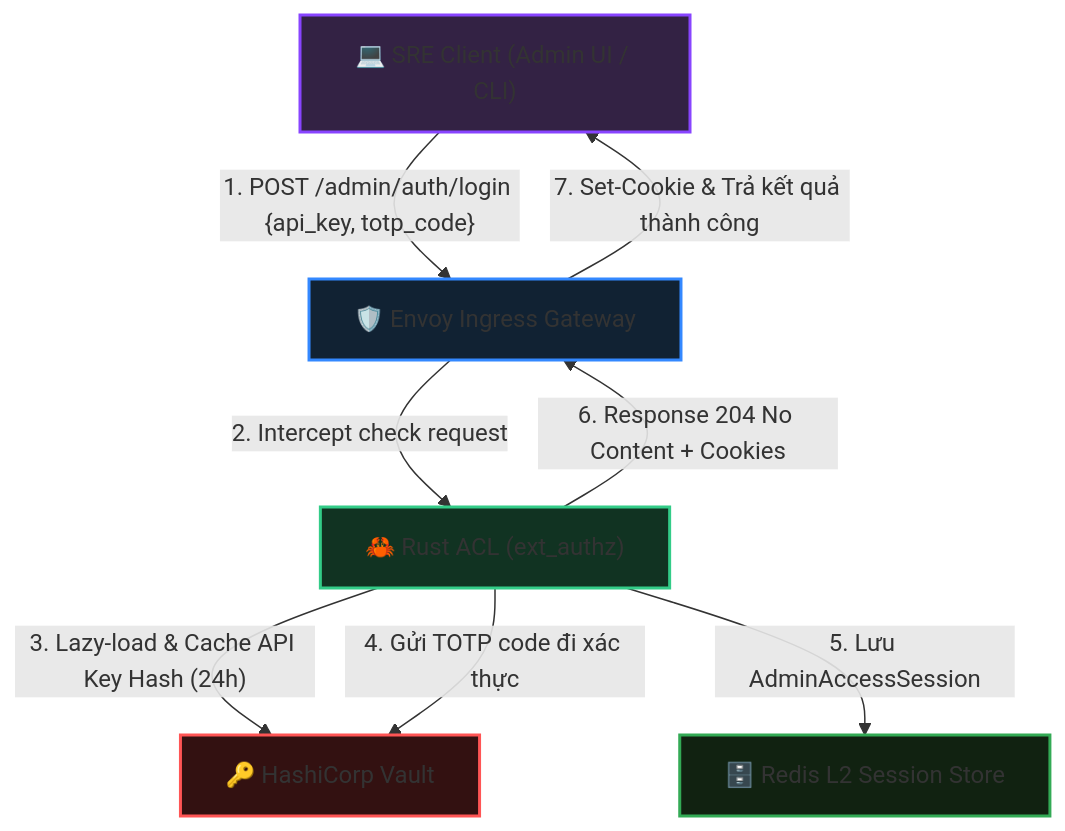
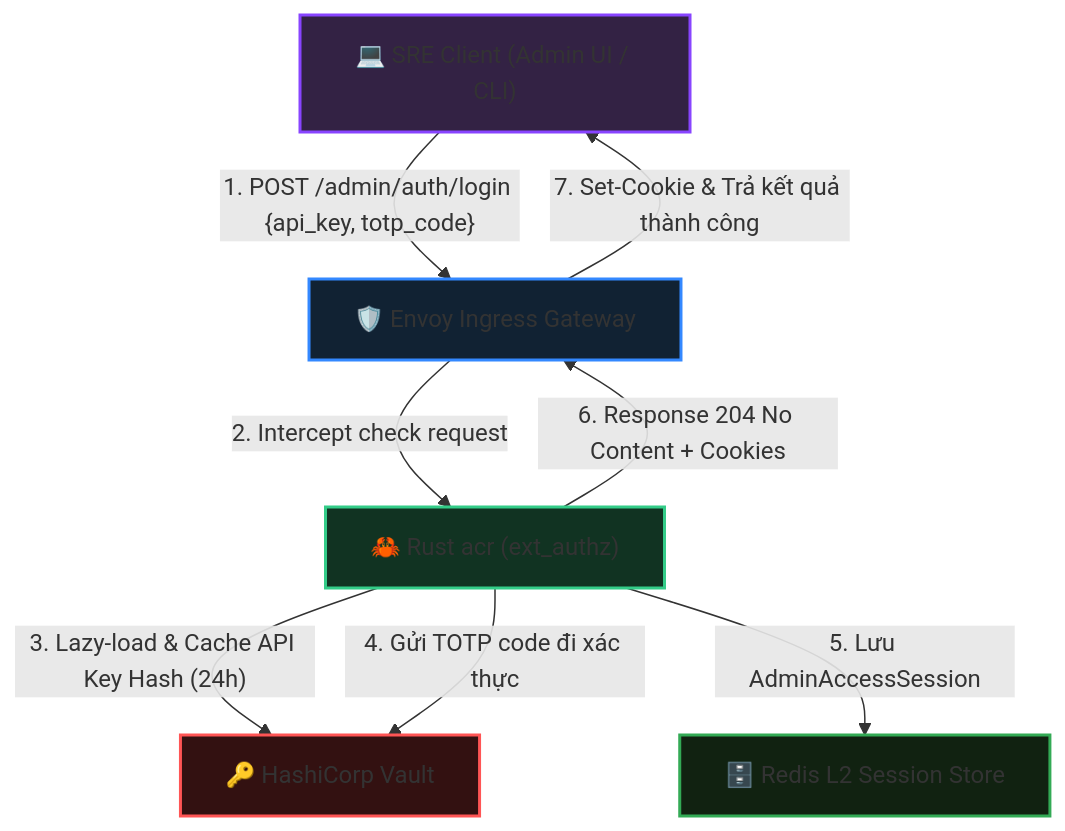
The first of 4 diagrams in god_view/acr/sre_login_god_view_workflow.md (phucle996/aurora), drawn with Mermaid before and after one commit. The commit also changed other lines of this file and 72 other files, not shown here.

Commit message:
refactor: remove policy engine and modularize session management service

````diff
--- a/god_view/acr/sre_login_god_view_workflow.md
+++ b/god_view/acr/sre_login_god_view_workflow.md
@@ -31,22 +31,22 @@
 ```mermaid
 graph TD
     classDef client fill:#332244,stroke:#8844ff,stroke-width:2px;
     classDef gateway fill:#112233,stroke:#3388ff,stroke-width:2px;
     classDef edgeService fill:#113322,stroke:#33cc88,stroke-width:2px;
     classDef control fill:#331111,stroke:#ff5555,stroke-width:2px;
     classDef cache fill:#112211,stroke:#33aa55,stroke-width:2px;
 
     Client["💻 SRE Client (Admin UI / CLI)"]:::client
     Envoy["🛡️ Envoy Ingress Gateway"]:::gateway
-    ACL["🦀 Rust ACL (ext_authz)"]:::edgeService
+    acr["🦀 Rust acr (ext_authz)"]:::edgeService
     Vault["🔑 HashiCorp Vault"]:::control
     Redis["🗄️ Redis L2 Session Store"]:::cache
 
     Client -- "1. POST /admin/auth/login {api_key, totp_code}" --> Envoy
-    Envoy -- "2. Intercept check request" --> ACL
-    ACL -- "3. Lazy-load & Cache API Key Hash (24h)" --> Vault
-    ACL -- "4. Gửi TOTP code đi xác thực" --> Vault
-    ACL -- "5. Lưu AdminAccessSession" --> Redis
-    ACL -- "6. Response 204 No Content + Cookies" --> Envoy
+    Envoy -- "2. Intercept check request" --> acr
+    acr -- "3. Lazy-load & Cache API Key Hash (24h)" --> Vault
+    acr -- "4. Gửi TOTP code đi xác thực" --> Vault
+    acr -- "5. Lưu AdminAccessSession" --> Redis
+    acr -- "6. Response 204 No Content + Cookies" --> Envoy
     Envoy -- "7. Set-Cookie & Trả kết quả thành công" --> Client
 ```
````
